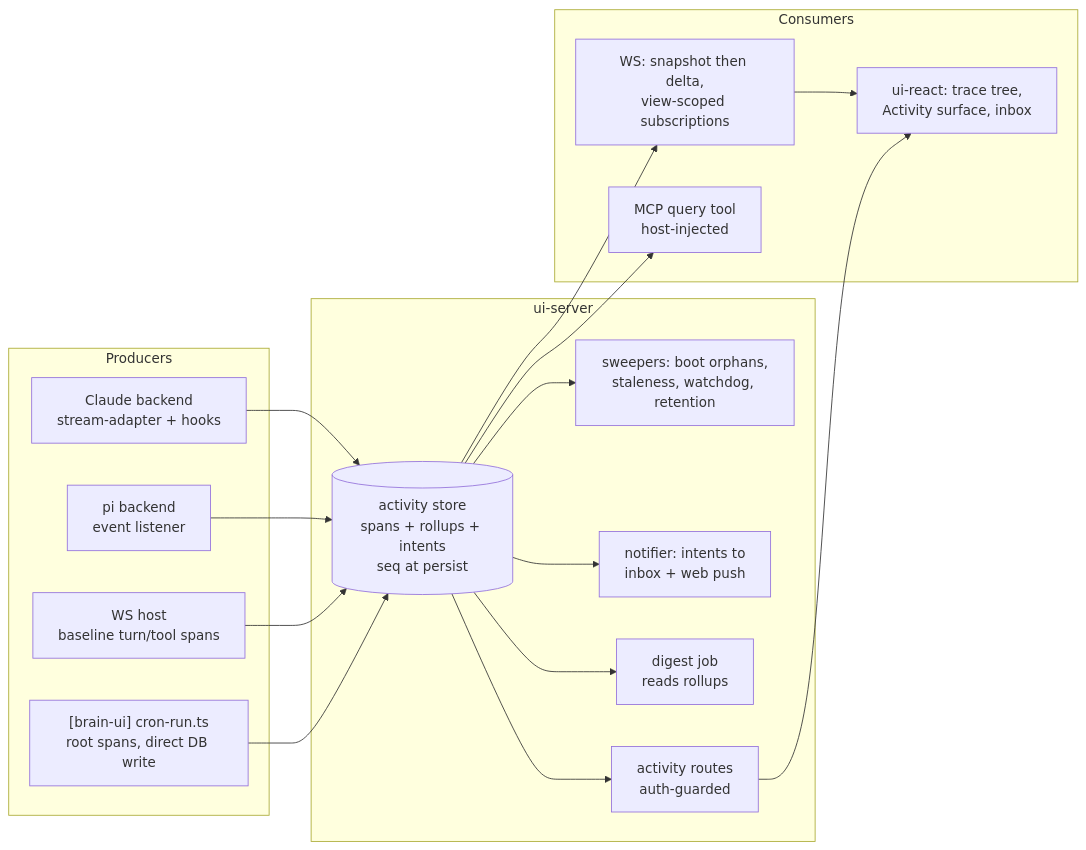
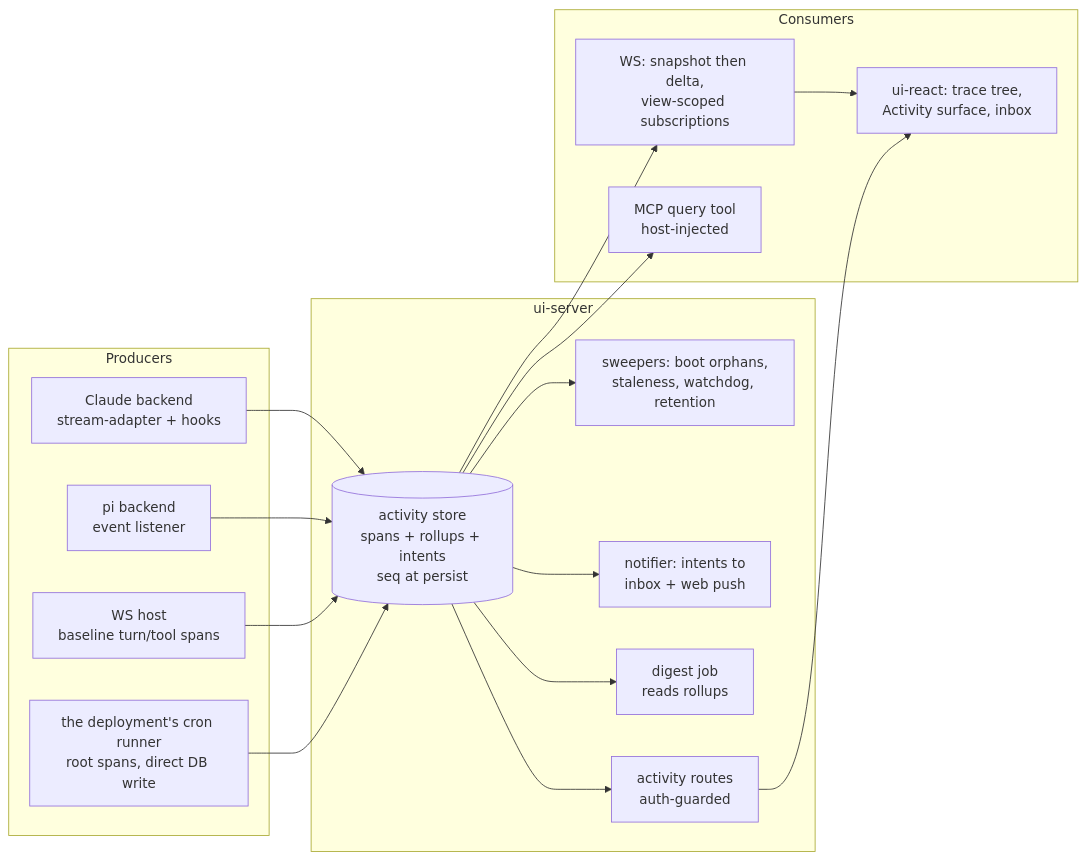
The diagram in docs/decisions/agent-observability.md (schlessera/brain-kit), drawn with Mermaid before and after one commit. The commit also changed other lines of this file and 13 other files, not shown here.

````diff
--- a/docs/decisions/agent-observability.md
+++ b/docs/decisions/agent-observability.md
@@ -65,33 +65,33 @@
 ```mermaid
 flowchart LR
   subgraph producers [Producers]
     CB[Claude backend<br/>stream-adapter + hooks]
     PB[pi backend<br/>event listener]
     WH[WS host<br/>baseline turn/tool spans]
-    CW["[brain-ui] cron-run.ts<br/>root spans, direct DB write"]
+    CW["the deployment's cron runner<br/>root spans, direct DB write"]
   end
   subgraph server [ui-server]
     AS[(activity store<br/>spans + rollups + intents<br/>seq at persist)]
     SW[sweepers: boot orphans,<br/>staleness, watchdog, retention]
     NR[notifier: intents to<br/>inbox + web push]
     DG[digest job<br/>reads rollups]
     API[activity routes<br/>auth-guarded]
   end
   subgraph clients [Consumers]
     WS[WS: snapshot then delta,<br/>view-scoped subscriptions]
     UI[ui-react: trace tree,<br/>Activity surface, inbox]
     MCP[MCP query tool<br/>host-injected]
   end
   CB --> AS
   PB --> AS
   WH --> AS
   CW --> AS
   AS --> SW
   AS --> NR
   AS --> DG
   AS --> API
   AS --> WS
   WS --> UI
   API --> UI
   AS --> MCP
 ```
````
